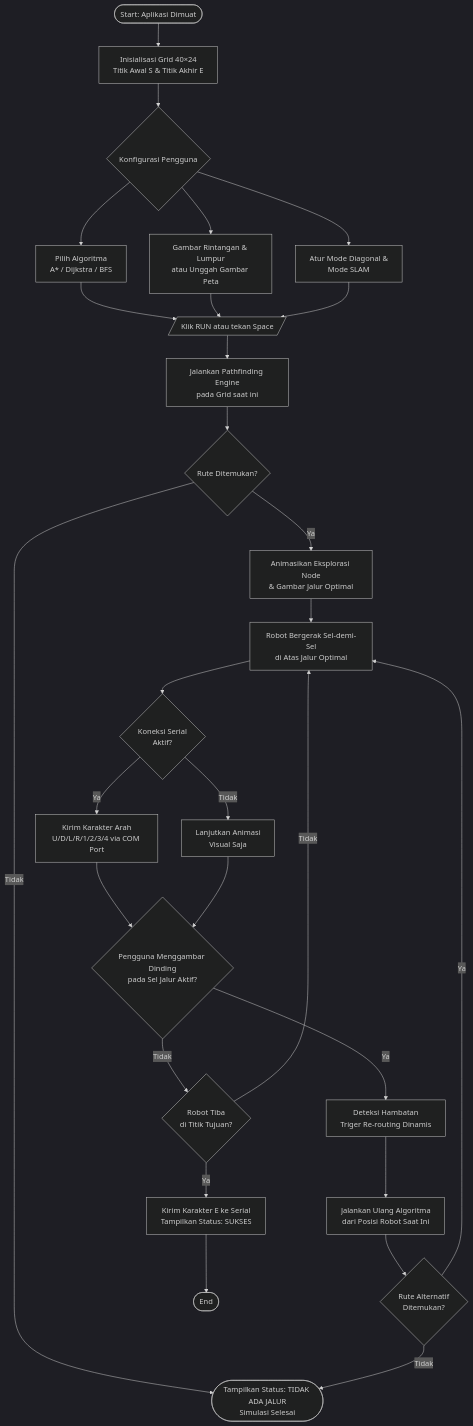
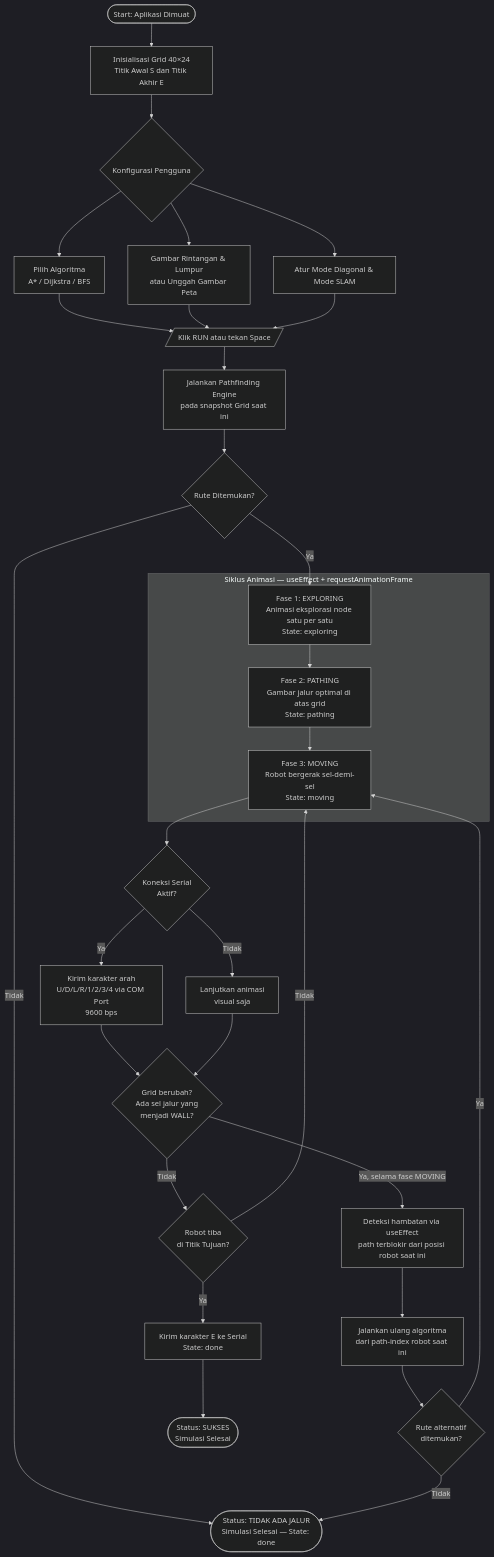
One commit to adnan-rabban/uas-arkom changed the first of 3 diagrams in README.md. Above: the diagram before and after it, drawn with Mermaid (dark theme). The commit also changed other lines of this file and 2 other files, not shown here.

Commit message:
feat & docs: replace Recursive Division with DFS Braid Maze generator and fix README diagrams

````diff
--- a/README.md
+++ b/README.md
@@ -118,28 +139,39 @@
 ```mermaid
 graph TD
-  A([Start: Aplikasi Dimuat]) --> B[Inisialisasi Grid 40×24\nTitik Awal S & Titik Akhir E]
+  A([Start: Aplikasi Dimuat]) --> B["Inisialisasi Grid 40×24<br/>Titik Awal S dan Titik Akhir E"]
   B --> C{Konfigurasi Pengguna}
-  C --> C1[Pilih Algoritma\nA* / Dijkstra / BFS]
-  C --> C2[Gambar Rintangan & Lumpur\natau Unggah Gambar Peta]
-  C --> C3[Atur Mode Diagonal &\nMode SLAM]
+  C --> C1["Pilih Algoritma<br/>A* / Dijkstra / BFS"]
+  C --> C2["Gambar Rintangan & Lumpur<br/>atau Unggah Gambar Peta"]
+  C --> C3["Atur Mode Diagonal & Mode SLAM"]
   C1 & C2 & C3 --> D[/Klik RUN atau tekan Space/]
-  D --> E[Jalankan Pathfinding Engine\npada Grid saat ini]
-  E --> F{Rute Ditemukan?}
-  F -- Tidak --> G([Tampilkan Status: TIDAK ADA JALUR\nSimulasi Selesai])
-  F -- Ya --> H[Animasikan Eksplorasi Node\n& Gambar Jalur Optimal]
-  H --> I[Robot Bergerak Sel-demi-Sel\ndi Atas Jalur Optimal]
-  I --> J{Koneksi Serial\nAktif?}
-  J -- Ya --> K[Kirim Karakter Arah\nU/D/L/R/1/2/3/4 via COM Port]
-  J -- Tidak --> L[Lanjutkan Animasi\nVisual Saja]
+
+  D --> E["Jalankan Pathfinding Engine<br/>pada snapshot Grid saat ini"]
+  E --> F{"Rute Ditemukan?"}
+
+  F -- Tidak --> Z(["Status: TIDAK ADA JALUR<br/>Simulasi Selesai — State: done"])
+  F -- Ya --> G
+
+  subgraph ANIMASI ["Siklus Animasi — useEffect + requestAnimationFrame"]
+    G["Fase 1: EXPLORING<br/>Animasi eksplorasi node satu per satu<br/>State: exploring"]
+    G --> H["Fase 2: PATHING<br/>Gambar jalur optimal di atas grid<br/>State: pathing"]
+    H --> I["Fase 3: MOVING<br/>Robot bergerak sel-demi-sel<br/>State: moving"]
+  end
+
+  I --> J{"Koneksi Serial<br/>Aktif?"}
+  J -- Ya --> K["Kirim karakter arah<br/>U/D/L/R/1/2/3/4 via COM Port<br/>9600 bps"]
+  J -- Tidak --> L["Lanjutkan animasi<br/>visual saja"]
   K --> M
-  L --> M{Pengguna Menggambar Dinding\npada Sel Jalur Aktif?}
-  M -- Ya --> N[Deteksi Hambatan\nTriger Re-routing Dinamis]
-  N --> O[Jalankan Ulang Algoritma\ndari Posisi Robot Saat Ini]
-  O --> P{Rute Alternatif\nDitemukan?}
-  P -- Tidak --> G
+  L --> M
+
+  M{"Grid berubah?<br/>Ada sel jalur yang<br/>menjadi WALL?"}
+  M -- Ya, selama fase MOVING --> N["Deteksi hambatan via useEffect<br/>path terblokir dari posisi robot saat ini"]
+  N --> O["Jalankan ulang algoritma<br/>dari path-index robot saat ini"]
+  O --> P{"Rute alternatif<br/>ditemukan?"}
+  P -- Tidak --> Z
   P -- Ya --> I
-  M -- Tidak --> Q{Robot Tiba\ndi Titik Tujuan?}
+
+  M -- Tidak --> Q{"Robot tiba<br/>di Titik Tujuan?"}
   Q -- Tidak --> I
-  Q -- Ya --> R[Kirim Karakter E ke Serial\nTampilkan Status: SUKSES]
-  R --> S([End])
+  Q -- Ya --> R["Kirim karakter E ke Serial<br/>State: done"]
+  R --> S(["Status: SUKSES<br/>Simulasi Selesai"])
 ```
````
